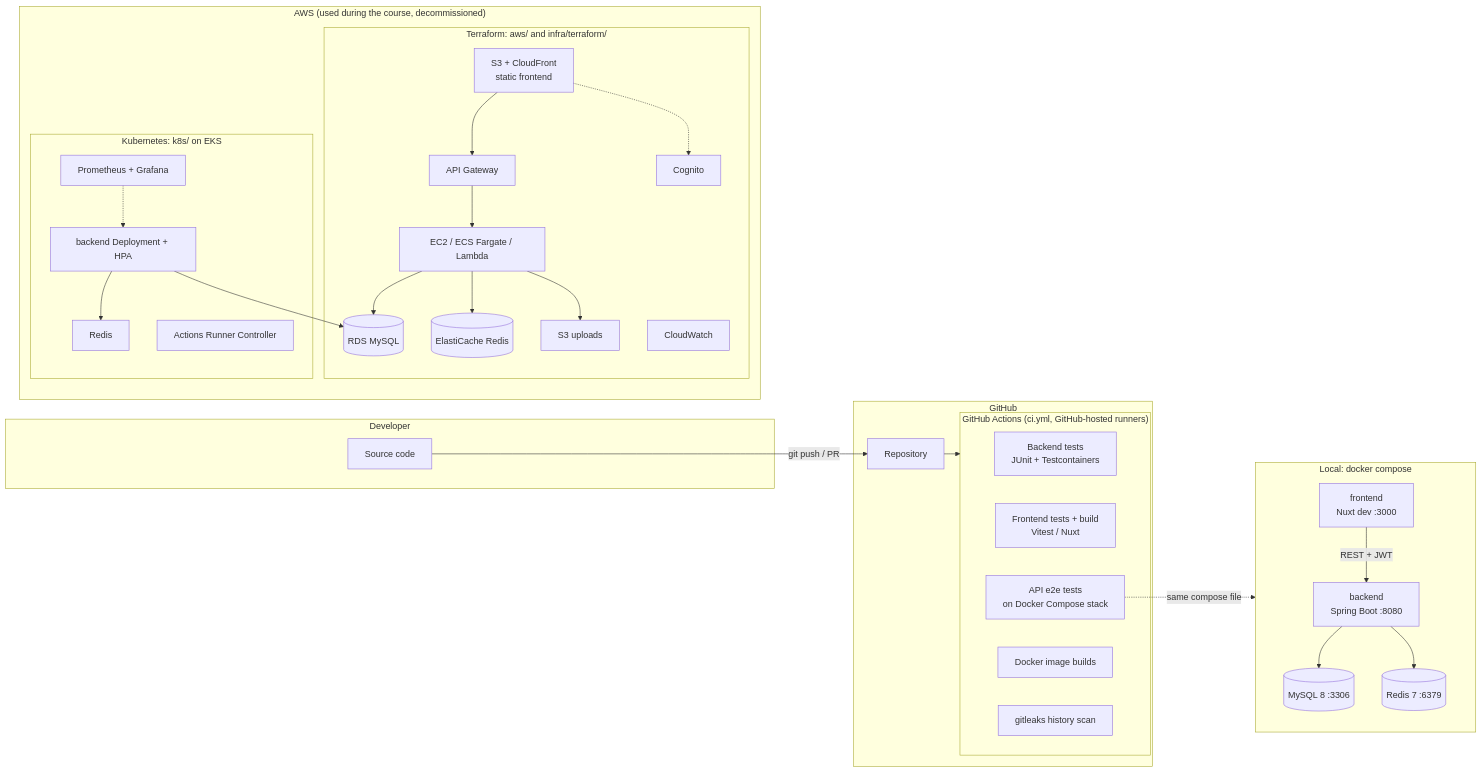
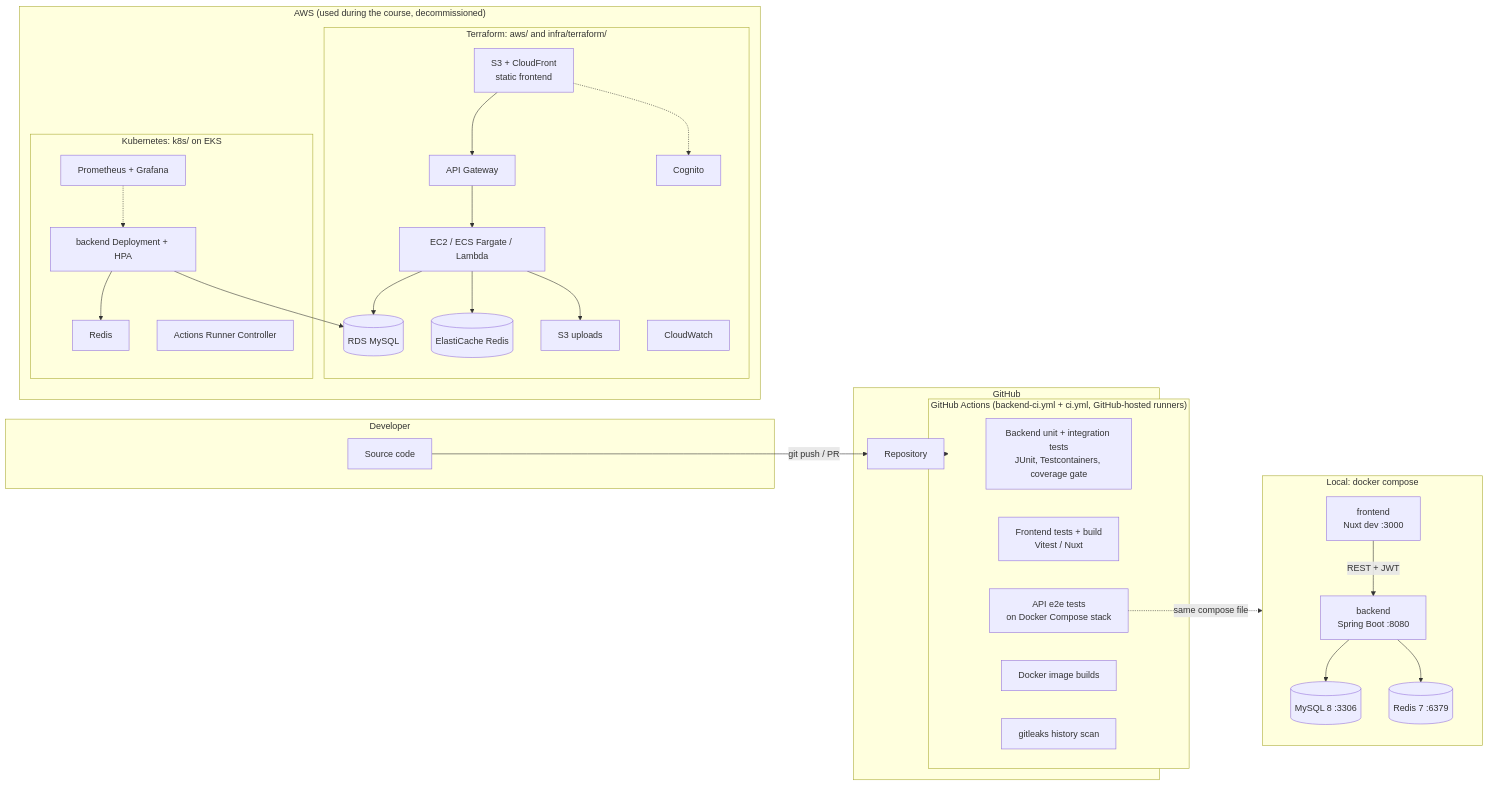
One commit to Putinun-te/mm-events changed the diagram in README.md. Above: the diagram before and after it, drawn with Mermaid. The commit also changed other lines of this file, not shown here.

First line of the commit message:
Document testing, coverage reports and the CI workflows

````diff
--- a/README.md
+++ b/README.md
@@ -45,58 +45,58 @@
 ```mermaid
 flowchart LR
   subgraph Dev["Developer"]
     code["Source code"]
   end
 
   subgraph GH["GitHub"]
     repo["Repository"]
-    subgraph CI["GitHub Actions (ci.yml, GitHub-hosted runners)"]
-      be_test["Backend tests<br/>JUnit + Testcontainers"]
+    subgraph CI["GitHub Actions (backend-ci.yml + ci.yml, GitHub-hosted runners)"]
+      be_test["Backend unit + integration tests<br/>JUnit, Testcontainers, coverage gate"]
       fe_test["Frontend tests + build<br/>Vitest / Nuxt"]
       e2e["API e2e tests<br/>on Docker Compose stack"]
       img["Docker image builds"]
       leaks["gitleaks history scan"]
     end
   end
 
   subgraph Local["Local: docker compose"]
     fe["frontend<br/>Nuxt dev :3000"]
     be["backend<br/>Spring Boot :8080"]
     db[("MySQL 8 :3306")]
     cache[("Redis 7 :6379")]
     fe -->|REST + JWT| be
     be --> db
     be --> cache
   end
 
   subgraph AWS["AWS (used during the course, decommissioned)"]
     subgraph TF["Terraform: aws/ and infra/terraform/"]
       cdn["S3 + CloudFront<br/>static frontend"]
       apigw["API Gateway"]
       compute["EC2 / ECS Fargate / Lambda"]
       rds[("RDS MySQL")]
       redis[("ElastiCache Redis")]
       cognito["Cognito"]
       s3img["S3 uploads"]
       cw["CloudWatch"]
     end
     subgraph K8S["Kubernetes: k8s/ on EKS"]
       dep["backend Deployment + HPA"]
       kredis["Redis"]
       mon["Prometheus + Grafana"]
       arc["Actions Runner Controller"]
     end
   end
 
   code -->|git push / PR| repo
   repo --> CI
   e2e -.->|same compose file| Local
   cdn --> apigw --> compute
   compute --> rds
   compute --> redis
   compute --> s3img
   cdn -.-> cognito
   dep --> rds
   dep --> kredis
   mon -.-> dep
 ```
````
